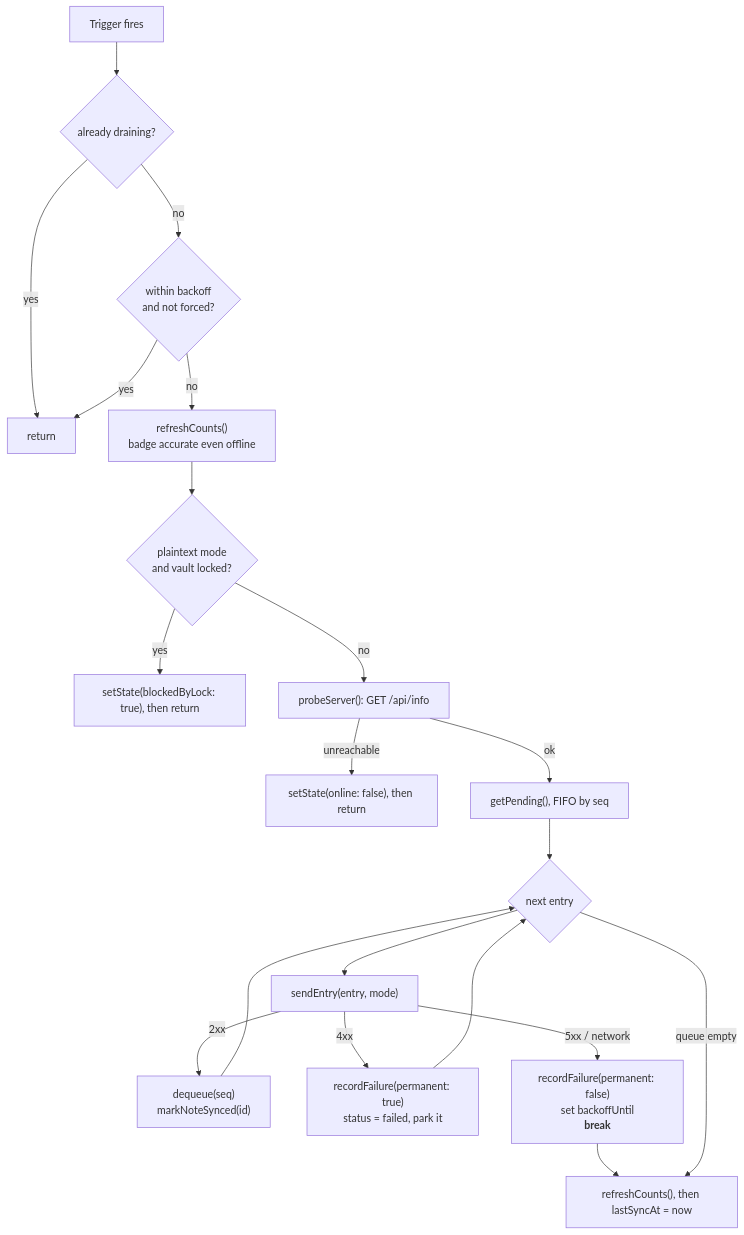
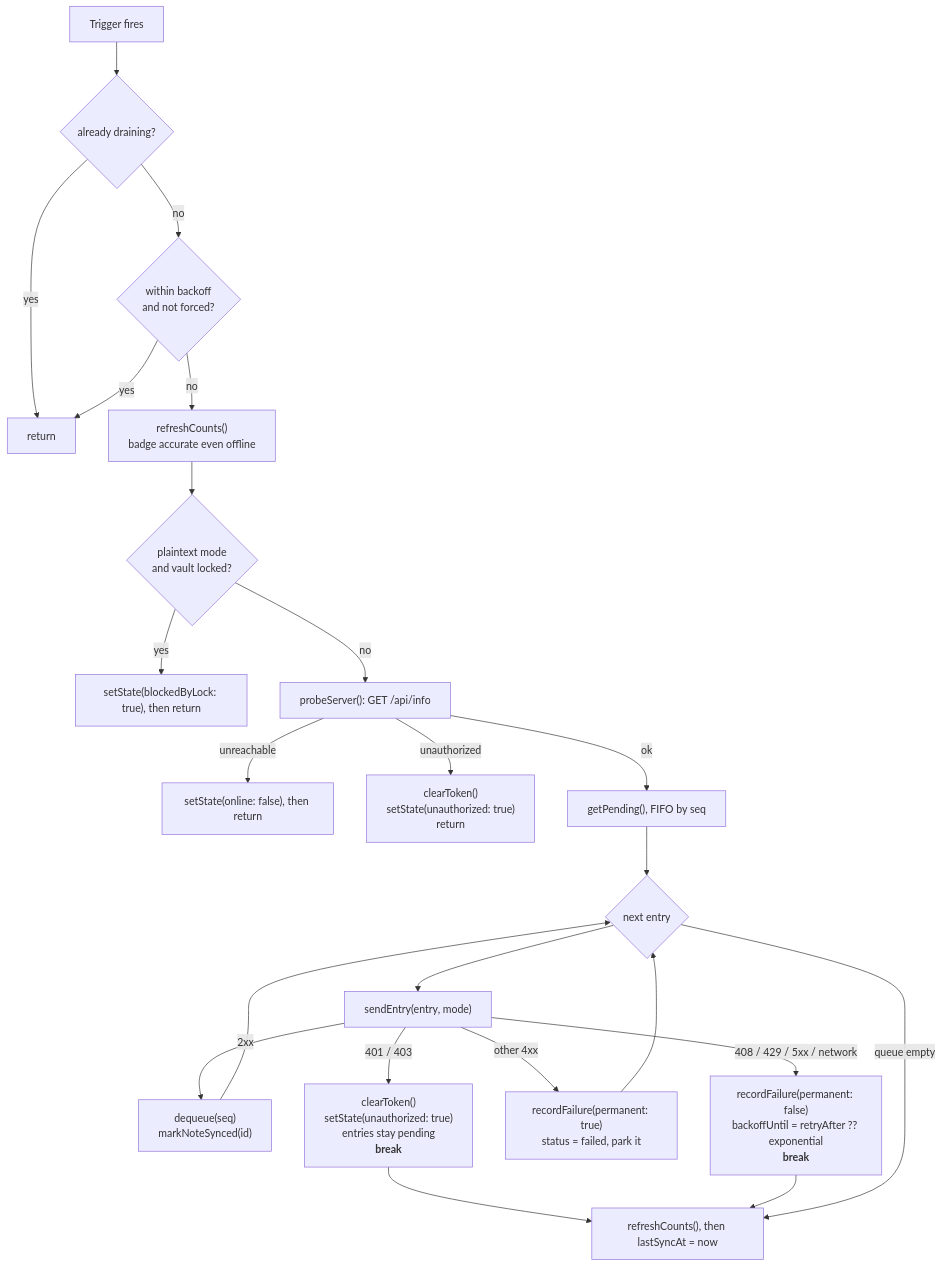
One commit to mortenoh/lockbox changed the first of 2 diagrams in docs/design/offline-sync.md. Above: the diagram before and after it, drawn with Mermaid. The commit also changed other lines of this file, not shown here.

````diff
--- a/docs/design/offline-sync.md
+++ b/docs/design/offline-sync.md
@@ -130,20 +155,23 @@
 ```mermaid
 flowchart TD
     T["Trigger fires"] --> G{"already draining?"}
     G -->|yes| X["return"]
     G -->|no| B{"within backoff<br/>and not forced?"}
     B -->|yes| X
     B -->|no| RC["refreshCounts()<br/>badge accurate even offline"]
     RC --> LK{"plaintext mode<br/>and vault locked?"}
     LK -->|yes| BL["setState(blockedByLock: true), then return"]
     LK -->|no| P["probeServer(): GET /api/info"]
     P -->|unreachable| OFF["setState(online: false), then return"]
+    P -->|unauthorized| UA["clearToken()<br/>setState(unauthorized: true)<br/>return"]
     P -->|ok| Q["getPending(), FIFO by seq"]
     Q --> L{"next entry"}
     L --> S["sendEntry(entry, mode)"]
     S -->|2xx| OK["dequeue(seq)<br/>markNoteSynced(id)"] --> L
-    S -->|4xx| PERM["recordFailure(permanent: true)<br/>status = failed, park it"] --> L
-    S -->|"5xx / network"| TR["recordFailure(permanent: false)<br/>set backoffUntil<br/><b>break</b>"]
+    S -->|"401 / 403"| AUTH["clearToken()<br/>setState(unauthorized: true)<br/>entries stay pending<br/><b>break</b>"]
+    S -->|"other 4xx"| PERM["recordFailure(permanent: true)<br/>status = failed, park it"] --> L
+    S -->|"408 / 429 / 5xx / network"| TR["recordFailure(permanent: false)<br/>backoffUntil = retryAfter ?? exponential<br/><b>break</b>"]
+    AUTH --> DONE
     TR --> DONE["refreshCounts(), then lastSyncAt = now"]
     L -->|queue empty| DONE
 ```
````
